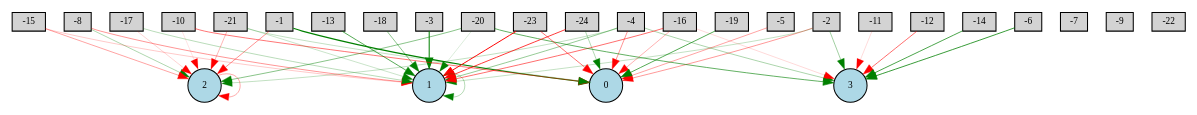
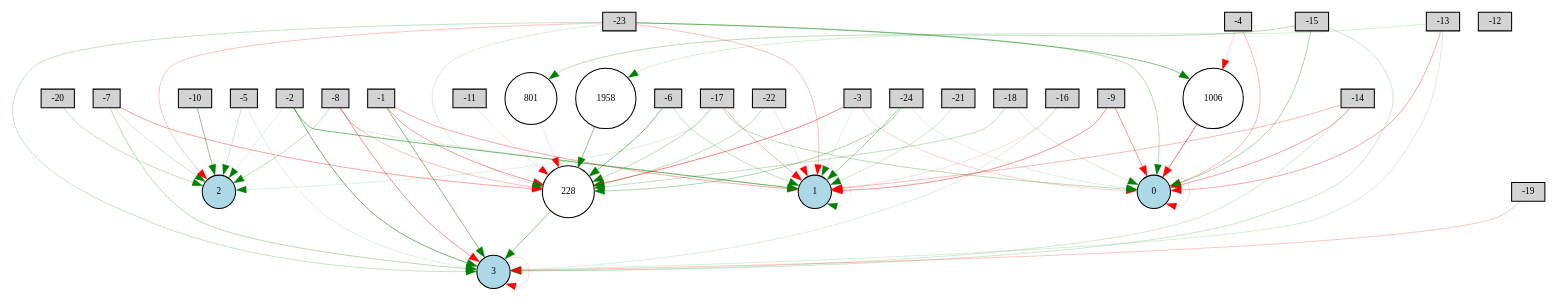
One commit to yoshinobc/EA changed the diagram in experiment/Bipedalwalker/neat/50net-enabled.gv. Above: the diagram before and after it, drawn with Graphviz. The commit also changed 277 other files, not shown here.

```diff
--- a/experiment/Bipedalwalker/neat/50net-enabled.gv
+++ b/experiment/Bipedalwalker/neat/50net-enabled.gv
@@ -1,72 +1,99 @@
 digraph {
 	node [fontsize=9 height=0.2 shape=circle width=0.2]
 	-1 [fillcolor=lightgray shape=box style=filled]
 	-2 [fillcolor=lightgray shape=box style=filled]
 	-3 [fillcolor=lightgray shape=box style=filled]
 	-4 [fillcolor=lightgray shape=box style=filled]
 	-5 [fillcolor=lightgray shape=box style=filled]
 	-6 [fillcolor=lightgray shape=box style=filled]
 	-7 [fillcolor=lightgray shape=box style=filled]
 	-8 [fillcolor=lightgray shape=box style=filled]
 	-9 [fillcolor=lightgray shape=box style=filled]
 	-10 [fillcolor=lightgray shape=box style=filled]
 	-11 [fillcolor=lightgray shape=box style=filled]
 	-12 [fillcolor=lightgray shape=box style=filled]
 	-13 [fillcolor=lightgray shape=box style=filled]
 	-14 [fillcolor=lightgray shape=box style=filled]
 	-15 [fillcolor=lightgray shape=box style=filled]
 	-16 [fillcolor=lightgray shape=box style=filled]
 	-17 [fillcolor=lightgray shape=box style=filled]
 	-18 [fillcolor=lightgray shape=box style=filled]
 	-19 [fillcolor=lightgray shape=box style=filled]
 	-20 [fillcolor=lightgray shape=box style=filled]
 	-21 [fillcolor=lightgray shape=box style=filled]
 	-22 [fillcolor=lightgray shape=box style=filled]
 	-23 [fillcolor=lightgray shape=box style=filled]
 	-24 [fillcolor=lightgray shape=box style=filled]
 	0 [fillcolor=lightblue style=filled]
 	1 [fillcolor=lightblue style=filled]
 	2 [fillcolor=lightblue style=filled]
 	3 [fillcolor=lightblue style=filled]
-	-20 -> 2 [color=green penwidth=0.45196188650828184 style=solid]
-	-23 -> 0 [color=red penwidth=0.5431988910097717 style=solid]
-	-10 -> 2 [color=red penwidth=0.1068327422840345 style=solid]
-	-2 -> 0 [color=red penwidth=0.3934806883117352 style=solid]
-	-24 -> 1 [color=red penwidth=0.7438204989109704 style=solid]
-	-16 -> 3 [color=red penwidth=0.1524896396326894 style=solid]
-	-6 -> 3 [color=green penwidth=0.7513963868712786 style=solid]
-	-15 -> 2 [color=red penwidth=0.35296473297939257 style=solid]
-	-4 -> 2 [color=green penwidth=0.24012881510504613 style=solid]
-	-18 -> 1 [color=green penwidth=0.4355669453393043 style=solid]
-	-21 -> 1 [color=green penwidth=0.207845388939669 style=solid]
-	-8 -> 1 [color=red penwidth=0.40315538178192223 style=solid]
-	-17 -> 1 [color=green penwidth=0.27387075393163074 style=solid]
-	-20 -> 3 [color=green penwidth=0.5898045670303738 style=solid]
-	-1 -> 0 [color=green penwidth=1.0382130366433697 style=solid]
-	-2 -> 1 [color=green penwidth=0.23185366118006553 style=solid]
-	-15 -> 1 [color=red penwidth=0.20623485877463368 style=solid]
-	-4 -> 3 [color=green penwidth=0.318456599900525 style=solid]
-	-21 -> 0 [color=green penwidth=0.23481024699473382 style=solid]
-	-16 -> 0 [color=red penwidth=0.30253774145741263 style=solid]
-	-8 -> 2 [color=green penwidth=0.31269223333606055 style=solid]
-	2 -> 2 [color=red penwidth=0.32441416804364176 style=solid]
-	1 -> 1 [color=green penwidth=0.28367293555399753 style=solid]
-	-5 -> 0 [color=red penwidth=0.3483359952010182 style=solid]
-	-14 -> 3 [color=green penwidth=0.6830880267993048 style=solid]
-	-17 -> 2 [color=red penwidth=0.16529396384007655 style=solid]
-	-1 -> 2 [color=red penwidth=0.4148460157839753 style=solid]
-	-11 -> 3 [color=red penwidth=0.13680180384791518 style=solid]
-	-16 -> 1 [color=red penwidth=0.55004399254638 style=solid]
-	-3 -> 1 [color=green penwidth=0.9768542778608379 style=solid]
-	-4 -> 0 [color=red penwidth=0.41304328834346193 style=solid]
-	-13 -> 1 [color=green penwidth=0.6446522157443932 style=solid]
-	-19 -> 0 [color=green penwidth=0.6416988473241378 style=solid]
-	-20 -> 1 [color=green penwidth=0.13992155699736936 style=solid]
-	-23 -> 1 [color=red penwidth=0.9463529923248238 style=solid]
-	-12 -> 3 [color=red penwidth=0.5516286375853241 style=solid]
-	-2 -> 3 [color=green penwidth=0.36494163413768477 style=solid]
-	-21 -> 2 [color=red penwidth=0.2798751672478544 style=solid]
-	-24 -> 0 [color=green penwidth=0.3035971091394002 style=solid]
-	-10 -> 0 [color=red penwidth=0.5233886026834311 style=solid]
-	-4 -> 1 [color=green penwidth=0.40416616061576216 style=solid]
+	228 [fillcolor=white style=filled]
+	801 [fillcolor=white style=filled]
+	1958 [fillcolor=white style=filled]
+	1006 [fillcolor=white style=filled]
+	-20 -> 2 [color=green penwidth=0.2250265976382603 style=solid]
+	-23 -> 0 [color=green penwidth=0.2691779312576359 style=solid]
+	-10 -> 2 [color=green penwidth=0.44035534342280136 style=solid]
+	-13 -> 1958 [color=green penwidth=0.14614038354596867 style=solid]
+	-19 -> 3 [color=red penwidth=0.21548773738204718 style=solid]
+	-24 -> 1 [color=green penwidth=0.351609698565825 style=solid]
+	-16 -> 3 [color=green penwidth=0.1320271607561868 style=solid]
+	-21 -> 1 [color=green penwidth=0.17564506121040402 style=solid]
+	-13 -> 3 [color=green penwidth=0.14325242742939617 style=solid]
+	-23 -> 228 [color=green penwidth=0.1385789503812372 style=solid]
+	-8 -> 1 [color=green penwidth=0.1366376287713113 style=solid]
+	-23 -> 1006 [color=green penwidth=0.45405270165852996 style=solid]
+	-9 -> 1 [color=red penwidth=0.4101435944229479 style=solid]
+	-1 -> 1 [color=red penwidth=0.3317420576679684 style=solid]
+	3 -> 3 [color=red penwidth=0.14442522486731857 style=solid]
+	-17 -> 0 [color=green penwidth=0.26946179702363426 style=solid]
+	-23 -> 3 [color=green penwidth=0.22018441216693097 style=solid]
+	-8 -> 2 [color=green penwidth=0.24772725746259766 style=solid]
+	-22 -> 1 [color=red penwidth=0.1263385977633748 style=solid]
+	-2 -> 1 [color=green penwidth=0.5194704592875934 style=solid]
+	-7 -> 3 [color=green penwidth=0.27494231378155154 style=solid]
+	1 -> 1 [color=green penwidth=0.10027412296244897 style=solid]
+	1006 -> 0 [color=red penwidth=0.5520543634820693 style=solid]
+	1958 -> 228 [color=green penwidth=0.4373231224772034 style=solid]
+	0 -> 0 [color=red penwidth=0.14487570034516056 style=solid]
+	-14 -> 3 [color=green penwidth=0.1668718075416921 style=solid]
+	-22 -> 228 [color=green penwidth=0.24023391236808167 style=solid]
+	-17 -> 2 [color=green penwidth=0.12246820890020553 style=solid]
+	-23 -> 2 [color=red penwidth=0.23454346955315533 style=solid]
+	-18 -> 228 [color=green penwidth=0.23138329537288357 style=solid]
+	-15 -> 0 [color=green penwidth=0.31918310789783066 style=solid]
+	-2 -> 2 [color=green penwidth=0.12326640574947322 style=solid]
+	-15 -> 801 [color=green penwidth=0.25737423596827835 style=solid]
+	801 -> 228 [color=red penwidth=0.11825227832858277 style=solid]
+	-8 -> 228 [color=red penwidth=0.2499376246174644 style=solid]
+	-16 -> 1 [color=red penwidth=0.12543704241606046 style=solid]
+	-3 -> 1 [color=green penwidth=0.10822663327104748 style=solid]
+	-11 -> 228 [color=red penwidth=0.11759760024627394 style=solid]
+	-9 -> 0 [color=red penwidth=0.4008680269190775 style=solid]
+	228 -> 3 [color=green penwidth=0.4118319546404774 style=solid]
+	-4 -> 0 [color=red penwidth=0.2840828391244049 style=solid]
+	-7 -> 2 [color=green penwidth=0.17201171426928197 style=solid]
+	-1 -> 228 [color=red penwidth=0.3753418080136496 style=solid]
+	-3 -> 228 [color=red penwidth=0.46806282850219305 style=solid]
+	-5 -> 3 [color=green penwidth=0.12401771847418402 style=solid]
+	-6 -> 228 [color=green penwidth=0.4837787585730897 style=solid]
+	-14 -> 0 [color=red penwidth=0.36580619988331164 style=solid]
+	-6 -> 1 [color=green penwidth=0.23367779390450805 style=solid]
+	-23 -> 1 [color=red penwidth=0.24139824261430406 style=solid]
+	-7 -> 228 [color=red penwidth=0.34900404791947703 style=solid]
+	-1 -> 3 [color=green penwidth=0.4767148228193847 style=solid]
+	-24 -> 0 [color=green penwidth=0.12497468967928993 style=solid]
+	-8 -> 3 [color=red penwidth=0.4341431450407405 style=solid]
+	-3 -> 0 [color=red penwidth=0.1831676389462456 style=solid]
+	-17 -> 1 [color=red penwidth=0.28655275067898855 style=solid]
+	-15 -> 3 [color=green penwidth=0.18932543318807774 style=solid]
+	-4 -> 1006 [color=red penwidth=0.15625736548784291 style=solid]
+	-18 -> 0 [color=green penwidth=0.1619197197106425 style=solid]
+	-13 -> 0 [color=red penwidth=0.33842539077818 style=solid]
+	-17 -> 228 [color=green penwidth=0.2659149733715729 style=solid]
+	-5 -> 2 [color=green penwidth=0.19807631680250884 style=solid]
+	-24 -> 228 [color=green penwidth=0.30867284400923795 style=solid]
+	-14 -> 1 [color=red penwidth=0.2678163389993199 style=solid]
+	-2 -> 3 [color=green penwidth=0.5346831211285504 style=solid]
 }
```
